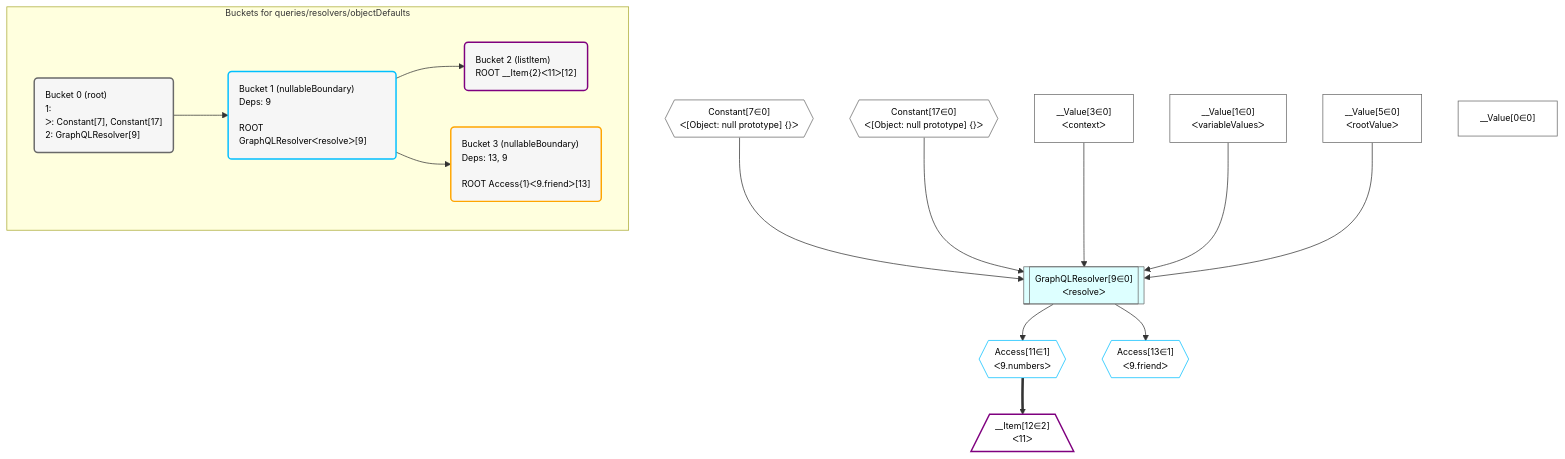
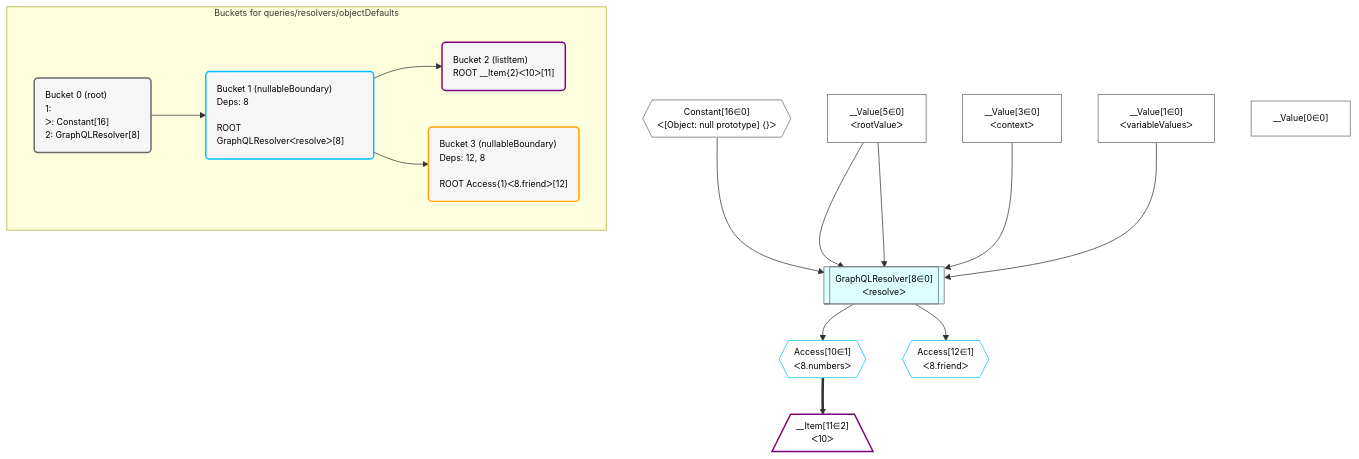
Before and after one commit to graphile/crystal: the diagram in grafast/dataplan-pg/__tests__/queries/resolvers/objectDefaults.deopt.mermaid, drawn with Mermaid. The commit also changed 2 other files, not shown here.

```diff
--- a/grafast/dataplan-pg/__tests__/queries/resolvers/objectDefaults.deopt.mermaid
+++ b/grafast/dataplan-pg/__tests__/queries/resolvers/objectDefaults.deopt.mermaid
@@ -1,44 +1,43 @@
 %%{init: {'themeVariables': { 'fontSize': '12px'}}}%%
 graph TD
     classDef path fill:#eee,stroke:#000,color:#000
     classDef plan fill:#fff,stroke-width:1px,color:#000
     classDef itemplan fill:#fff,stroke-width:2px,color:#000
     classDef unbatchedplan fill:#dff,stroke-width:1px,color:#000
     classDef sideeffectplan fill:#fcc,stroke-width:2px,color:#000
     classDef bucket fill:#f6f6f6,color:#000,stroke-width:2px,text-align:left
 
 
     %% plan dependencies
-    GraphQLResolver9[["GraphQLResolver[9∈0]<br />ᐸresolveᐳ"]]:::unbatchedplan
-    Constant7{{"Constant[7∈0]<br />ᐸ[Object: null prototype] {}ᐳ"}}:::plan
-    Constant17{{"Constant[17∈0]<br />ᐸ[Object: null prototype] {}ᐳ"}}:::plan
+    GraphQLResolver8[["GraphQLResolver[8∈0]<br />ᐸresolveᐳ"]]:::unbatchedplan
+    __Value5["__Value[5∈0]<br />ᐸrootValueᐳ"]:::plan
+    Constant16{{"Constant[16∈0]<br />ᐸ[Object: null prototype] {}ᐳ"}}:::plan
     __Value3["__Value[3∈0]<br />ᐸcontextᐳ"]:::plan
     __Value1["__Value[1∈0]<br />ᐸvariableValuesᐳ"]:::plan
-    __Value5["__Value[5∈0]<br />ᐸrootValueᐳ"]:::plan
-    Constant7 & Constant17 & __Value3 & __Value1 & __Value5 --> GraphQLResolver9
+    __Value5 & Constant16 & __Value3 & __Value1 & __Value5 --> GraphQLResolver8
     __Value0["__Value[0∈0]"]:::plan
-    Access11{{"Access[11∈1]<br />ᐸ9.numbersᐳ"}}:::plan
-    GraphQLResolver9 --> Access11
-    Access13{{"Access[13∈1]<br />ᐸ9.friendᐳ"}}:::plan
-    GraphQLResolver9 --> Access13
-    __Item12[/"__Item[12∈2]<br />ᐸ11ᐳ"\]:::itemplan
-    Access11 ==> __Item12
+    Access10{{"Access[10∈1]<br />ᐸ8.numbersᐳ"}}:::plan
+    GraphQLResolver8 --> Access10
+    Access12{{"Access[12∈1]<br />ᐸ8.friendᐳ"}}:::plan
+    GraphQLResolver8 --> Access12
+    __Item11[/"__Item[11∈2]<br />ᐸ10ᐳ"\]:::itemplan
+    Access10 ==> __Item11
 
     %% define steps
 
     subgraph "Buckets for queries/resolvers/objectDefaults"
-    Bucket0("Bucket 0 (root)<br />1: <br />ᐳ: Constant[7], Constant[17]<br />2: GraphQLResolver[9]"):::bucket
+    Bucket0("Bucket 0 (root)<br />1: <br />ᐳ: Constant[16]<br />2: GraphQLResolver[8]"):::bucket
     classDef bucket0 stroke:#696969
-    class Bucket0,__Value0,__Value1,__Value3,__Value5,Constant7,GraphQLResolver9,Constant17 bucket0
-    Bucket1("Bucket 1 (nullableBoundary)<br />Deps: 9<br /><br />ROOT GraphQLResolverᐸresolveᐳ[9]"):::bucket
+    class Bucket0,__Value0,__Value1,__Value3,__Value5,GraphQLResolver8,Constant16 bucket0
+    Bucket1("Bucket 1 (nullableBoundary)<br />Deps: 8<br /><br />ROOT GraphQLResolverᐸresolveᐳ[8]"):::bucket
     classDef bucket1 stroke:#00bfff
-    class Bucket1,Access11,Access13 bucket1
-    Bucket2("Bucket 2 (listItem)<br />ROOT __Item{2}ᐸ11ᐳ[12]"):::bucket
+    class Bucket1,Access10,Access12 bucket1
+    Bucket2("Bucket 2 (listItem)<br />ROOT __Item{2}ᐸ10ᐳ[11]"):::bucket
     classDef bucket2 stroke:#7f007f
-    class Bucket2,__Item12 bucket2
-    Bucket3("Bucket 3 (nullableBoundary)<br />Deps: 13, 9<br /><br />ROOT Access{1}ᐸ9.friendᐳ[13]"):::bucket
+    class Bucket2,__Item11 bucket2
+    Bucket3("Bucket 3 (nullableBoundary)<br />Deps: 12, 8<br /><br />ROOT Access{1}ᐸ8.friendᐳ[12]"):::bucket
     classDef bucket3 stroke:#ffa500
     class Bucket3 bucket3
     Bucket0 --> Bucket1
     Bucket1 --> Bucket2 & Bucket3
     end
```
